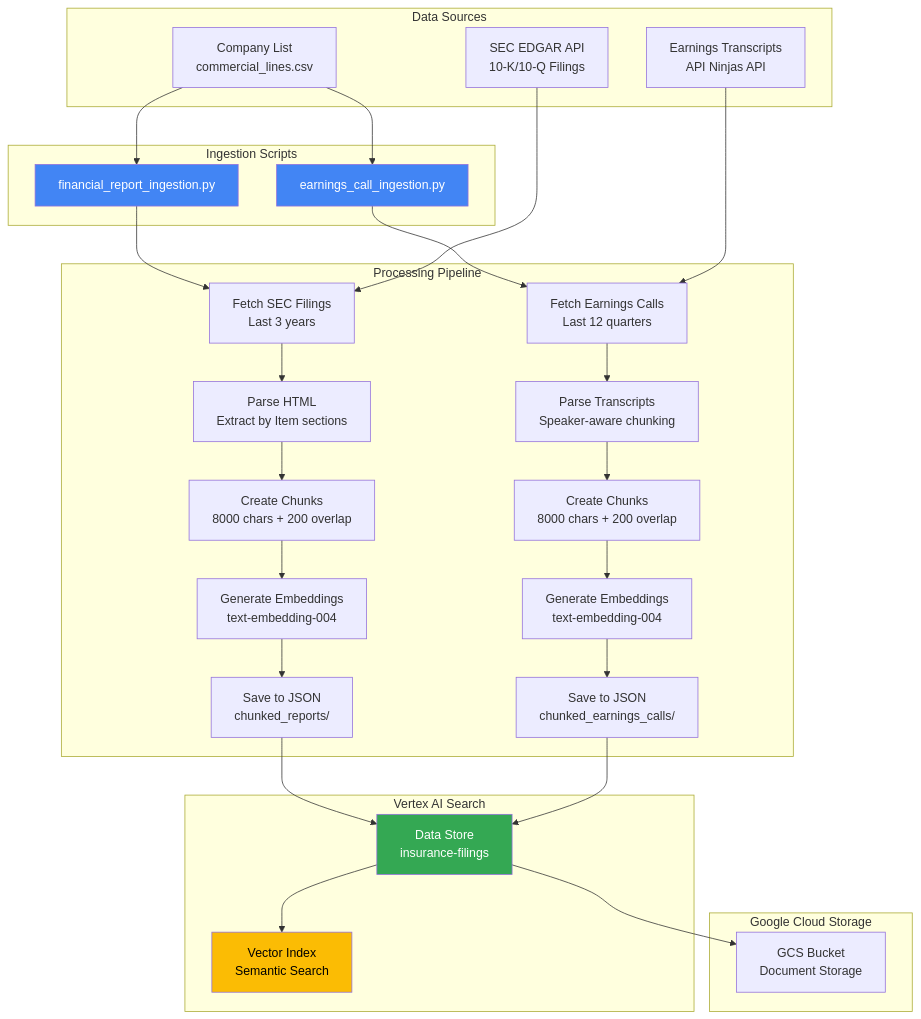
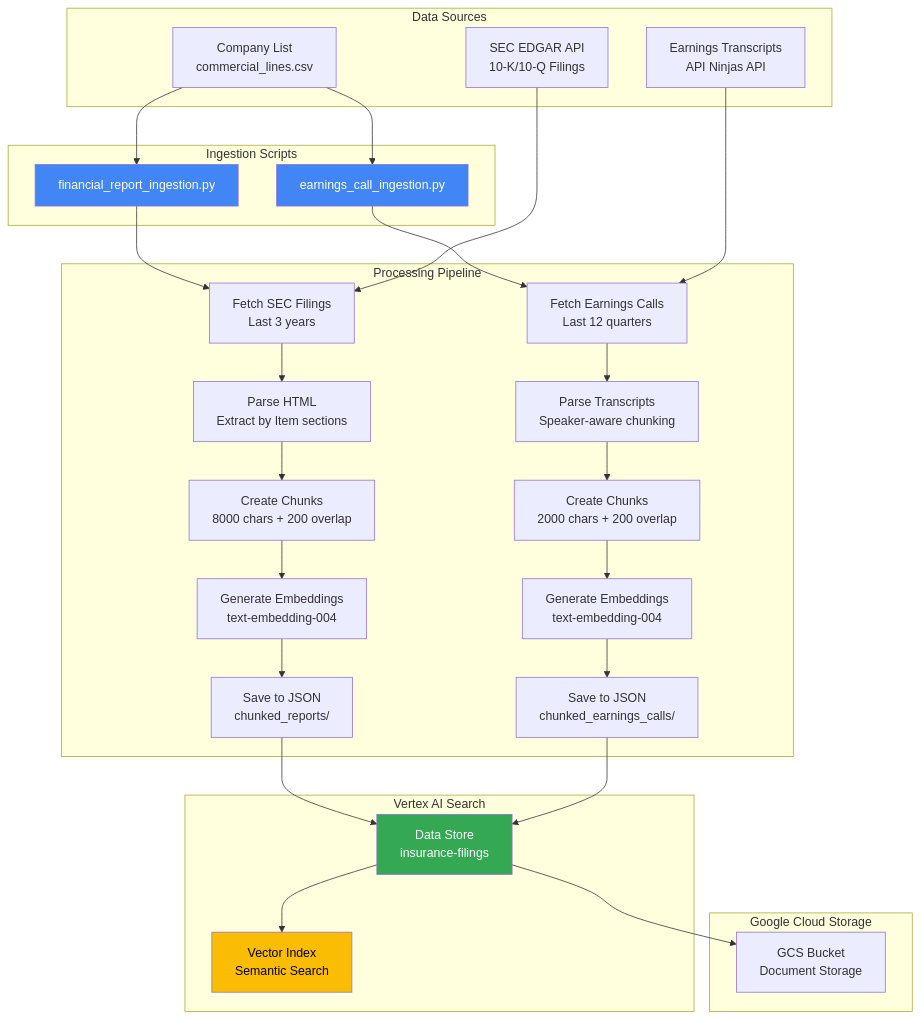
Before and after one commit to tgrady101/Insurance_AI_POC: the second of 11 diagrams in ARCHITECTURE_FLOW.md, drawn with Mermaid. The commit also changed other lines of this file and 1 other file, not shown here.

````diff
--- a/ARCHITECTURE_FLOW.md
+++ b/ARCHITECTURE_FLOW.md
@@ -42,61 +42,61 @@
 ```mermaid
 graph TB
     subgraph "Data Sources"
         SEC[SEC EDGAR API<br/>10-K/10-Q Filings]
         EARN[Earnings Transcripts<br/>API Ninjas API]
         CSV[Company List<br/>commercial_lines.csv]
     end
     
     subgraph "Ingestion Scripts"
         Script1[financial_report_ingestion.py]
         Script2[earnings_call_ingestion.py]
     end
     
     subgraph "Processing Pipeline"
         Fetch1[Fetch SEC Filings<br/>Last 3 years]
         Fetch2[Fetch Earnings Calls<br/>Last 12 quarters]
         Parse1[Parse HTML<br/>Extract by Item sections]
         Parse2[Parse Transcripts<br/>Speaker-aware chunking]
         Chunk1[Create Chunks<br/>8000 chars + 200 overlap]
-        Chunk2[Create Chunks<br/>8000 chars + 200 overlap]
+        Chunk2[Create Chunks<br/>2000 chars + 200 overlap]
         Embed1[Generate Embeddings<br/>text-embedding-004]
         Embed2[Generate Embeddings<br/>text-embedding-004]
         Save1[Save to JSON<br/>chunked_reports/]
         Save2[Save to JSON<br/>chunked_earnings_calls/]
     end
     
     subgraph "Google Cloud Storage"
         GCS[GCS Bucket<br/>Document Storage]
     end
     
     subgraph "Vertex AI Search"
         DS[Data Store<br/>insurance-filings]
         Index[Vector Index<br/>Semantic Search]
     end
     
     CSV --> Script1 & Script2
     
     Script1 --> Fetch1
     SEC --> Fetch1
     Fetch1 --> Parse1
     Parse1 --> Chunk1
     Chunk1 --> Embed1
     Embed1 --> Save1
     Save1 --> DS
     
     Script2 --> Fetch2
     EARN --> Fetch2
     Fetch2 --> Parse2
     Parse2 --> Chunk2
     Chunk2 --> Embed2
     Embed2 --> Save2
     Save2 --> DS
     
     DS --> Index
     DS --> GCS
     
     style Script1 fill:#4285f4,color:#fff
     style Script2 fill:#4285f4,color:#fff
     style DS fill:#34a853,color:#fff
     style Index fill:#fbbc04,color:#000
 ```
````
